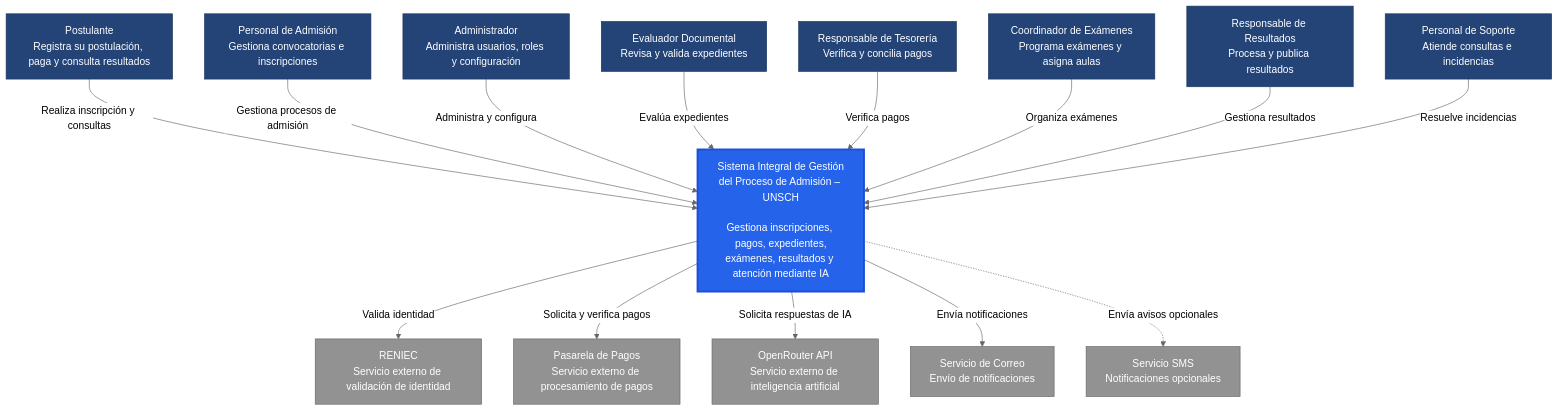
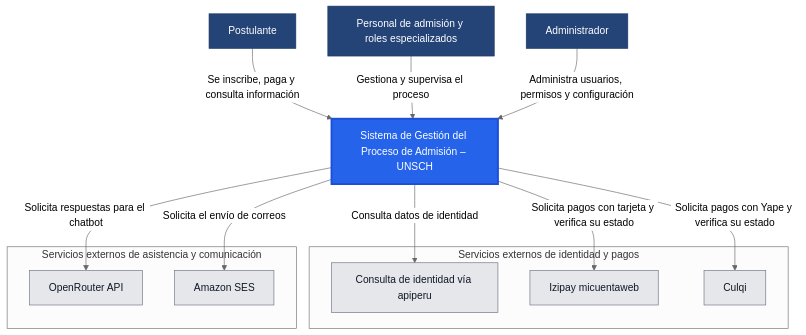
The diagram in docs/04-modelo-c4/Nivel1-DiagramadeContextodelSistema.md (DiegoCoras06/ENTREGABLE-01-PROPUESTA-INICIAL-DEL-PROYECTO), drawn with Mermaid (neutral theme) before and after one commit. The commit also changed other lines of this file and 27 other files, not shown here.

````diff
--- a/docs/04-modelo-c4/Nivel1-DiagramadeContextodelSistema.md
+++ b/docs/04-modelo-c4/Nivel1-DiagramadeContextodelSistema.md
@@ -27,53 +25,37 @@
 ```mermaid
 flowchart TB
-    P["Postulante<br/>Registra su postulación, paga y consulta resultados"]
+    P["Postulante"]
+    PER["Personal de admisión y roles especializados"]
+    ADM["Administrador"]
 
-    PA["Personal de Admisión<br/>Gestiona convocatorias e inscripciones"]
+    SISTEMA["Sistema de Gestión del Proceso de Admisión – UNSCH"]
 
-    ADM["Administrador<br/>Administra usuarios, roles y configuración"]
+    subgraph IDENTIDAD_PAGOS["Servicios externos de identidad y pagos"]
+        ID["Consulta de identidad vía apiperu"]
+        TAR["Izipay micuentaweb"]
+        YAPE["Culqi"]
+    end
 
-    ED["Evaluador Documental<br/>Revisa y valida expedientes"]
+    subgraph ASISTENCIA["Servicios externos de asistencia y comunicación"]
+        IA["OpenRouter API"]
+        CORREO["Amazon SES"]
+    end
 
-    TE["Responsable de Tesorería<br/>Verifica y concilia pagos"]
+    P -->|"Se inscribe, paga y consulta información"| SISTEMA
+    PER -->|"Gestiona y supervisa el proceso"| SISTEMA
+    ADM -->|"Administra usuarios, permisos y configuración"| SISTEMA
 
-    CE["Coordinador de Exámenes<br/>Programa exámenes y asigna aulas"]
+    SISTEMA -->|"Consulta datos de identidad"| ID
+    SISTEMA -->|"Solicita pagos con tarjeta y verifica su estado"| TAR
+    SISTEMA -->|"Solicita pagos con Yape y verifica su estado"| YAPE
+    SISTEMA -->|"Solicita respuestas para el chatbot"| IA
+    SISTEMA -->|"Solicita el envío de correos"| CORREO
 
-    RR["Responsable de Resultados<br/>Procesa y publica resultados"]
+    classDef persona fill:#244478,color:#ffffff,stroke:#19345f
+    classDef principal fill:#2563eb,color:#ffffff,stroke:#1d4ed8,stroke-width:3px
+    classDef externo fill:#e5e7eb,color:#111827,stroke:#6b7280
 
-    SO["Personal de Soporte<br/>Atiende consultas e incidencias"]
-
-    SISTEMA["Sistema Integral de Gestión<br/>del Proceso de Admisión – UNSCH<br/><br/>Gestiona inscripciones, pagos, expedientes,<br/>exámenes, resultados y atención mediante IA"]
-
-    RENIEC["RENIEC<br/>Servicio externo de validación de identidad"]
-
-    PAGOS["Pasarela de Pagos<br/>Servicio externo de procesamiento de pagos"]
-
-    IA["OpenRouter API<br/>Servicio externo de inteligencia artificial"]
-
-    CORREO["Servicio de Correo<br/>Envío de notificaciones"]
-
-    SMS["Servicio SMS<br/>Notificaciones opcionales"]
-
-    P -->|"Realiza inscripción y consultas"| SISTEMA
-    PA -->|"Gestiona procesos de admisión"| SISTEMA
-    ADM -->|"Administra y configura"| SISTEMA
-    ED -->|"Evalúa expedientes"| SISTEMA
-    TE -->|"Verifica pagos"| SISTEMA
-    CE -->|"Organiza exámenes"| SISTEMA
-    RR -->|"Gestiona resultados"| SISTEMA
-    SO -->|"Resuelve incidencias"| SISTEMA
-
-    SISTEMA -->|"Valida identidad"| RENIEC
-    SISTEMA -->|"Solicita y verifica pagos"| PAGOS
-    SISTEMA -->|"Solicita respuestas de IA"| IA
-    SISTEMA -->|"Envía notificaciones"| CORREO
-    SISTEMA -.->|"Envía avisos opcionales"| SMS
-
-    classDef usuario fill:#244478,color:#ffffff,stroke:#19345f
-    classDef sistema fill:#2563eb,color:#ffffff,stroke:#1d4ed8,stroke-width:3px
-    classDef externo fill:#929292,color:#ffffff,stroke:#666666
-
-    class P,PA,ADM,ED,TE,CE,RR,SO usuario
-    class SISTEMA sistema
-    class RENIEC,PAGOS,IA,CORREO,SMS externo
+    class P,PER,ADM persona
+    class SISTEMA principal
+    class ID,TAR,YAPE,IA,CORREO externo
 ```
````
